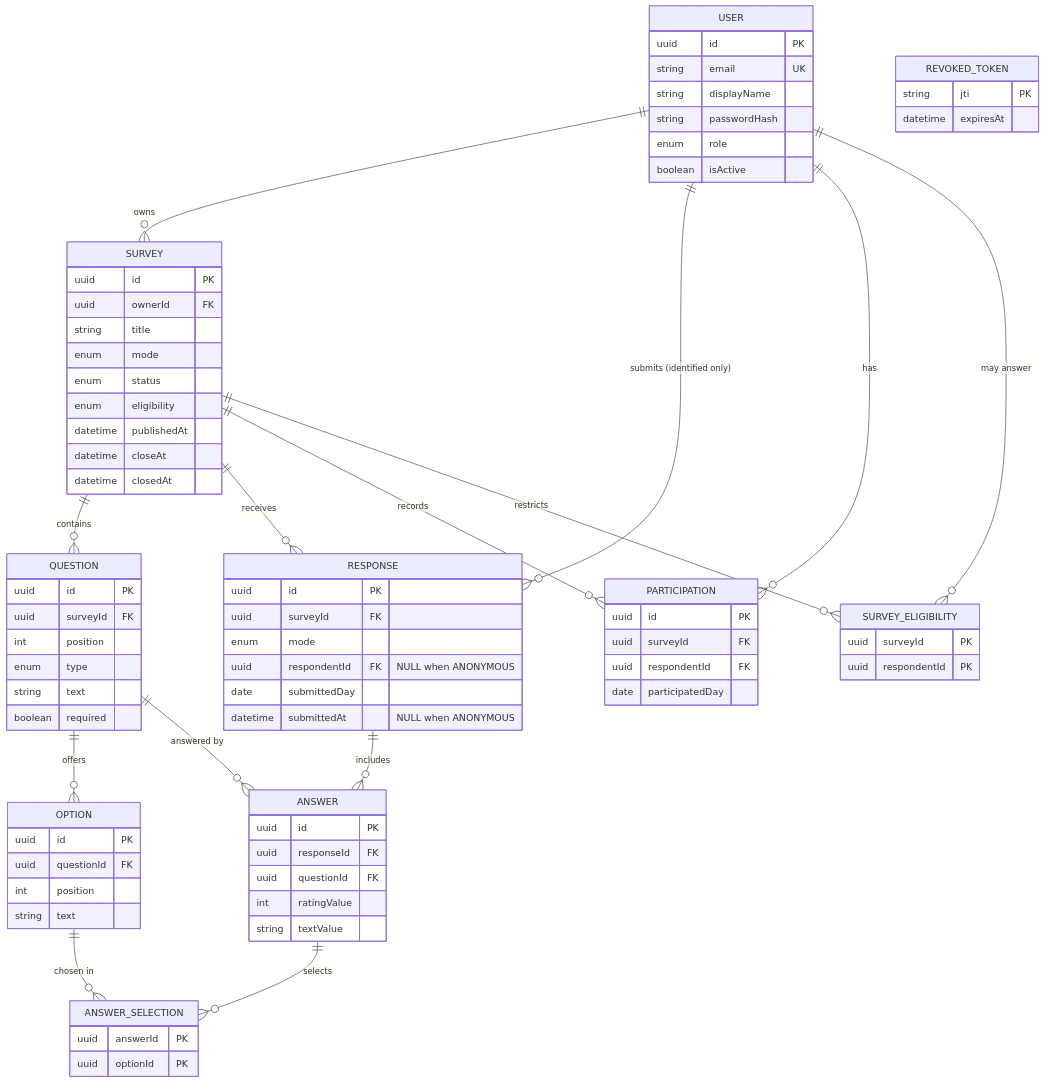
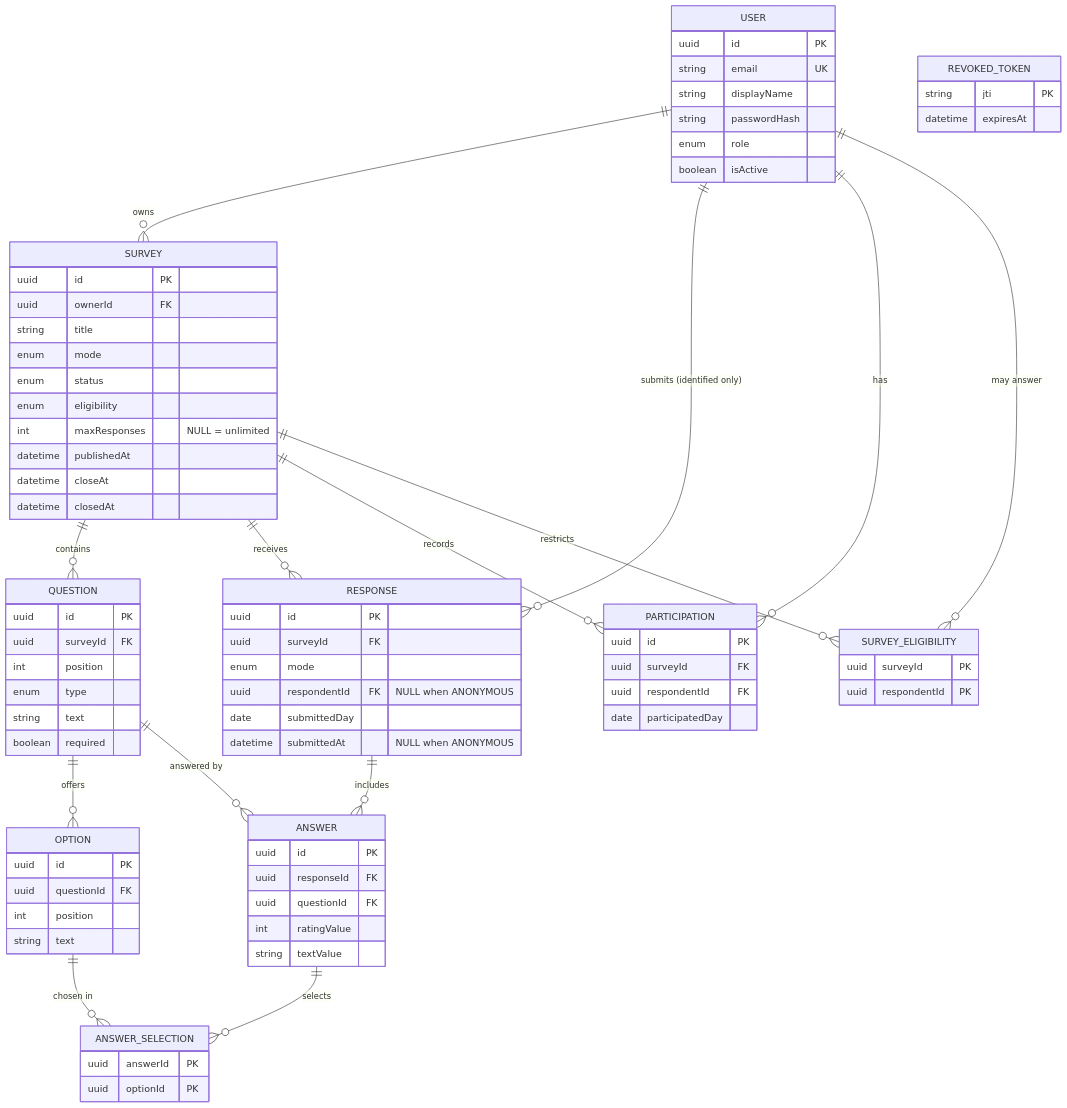
One commit to Muhammad-Asad-Aziz/CPE334-GuessLess changed the third of 4 diagrams in docs/system-sds.md. Above: the diagram before and after it, drawn with Mermaid. The commit also changed other lines of this file and 6 other files, not shown here.

```diff
--- a/docs/system-sds.md
+++ b/docs/system-sds.md
@@ -210,6 +219,7 @@
     enum mode
     enum status
     enum eligibility
+    int maxResponses "NULL = unlimited"
     datetime publishedAt
     datetime closeAt
     datetime closedAt
```
